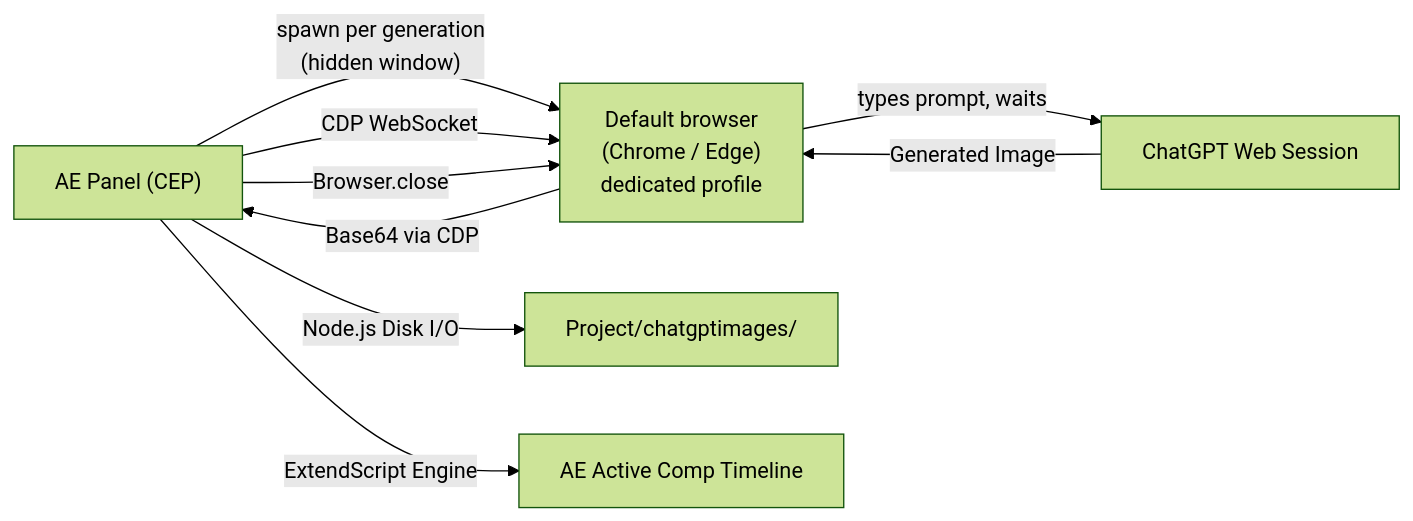
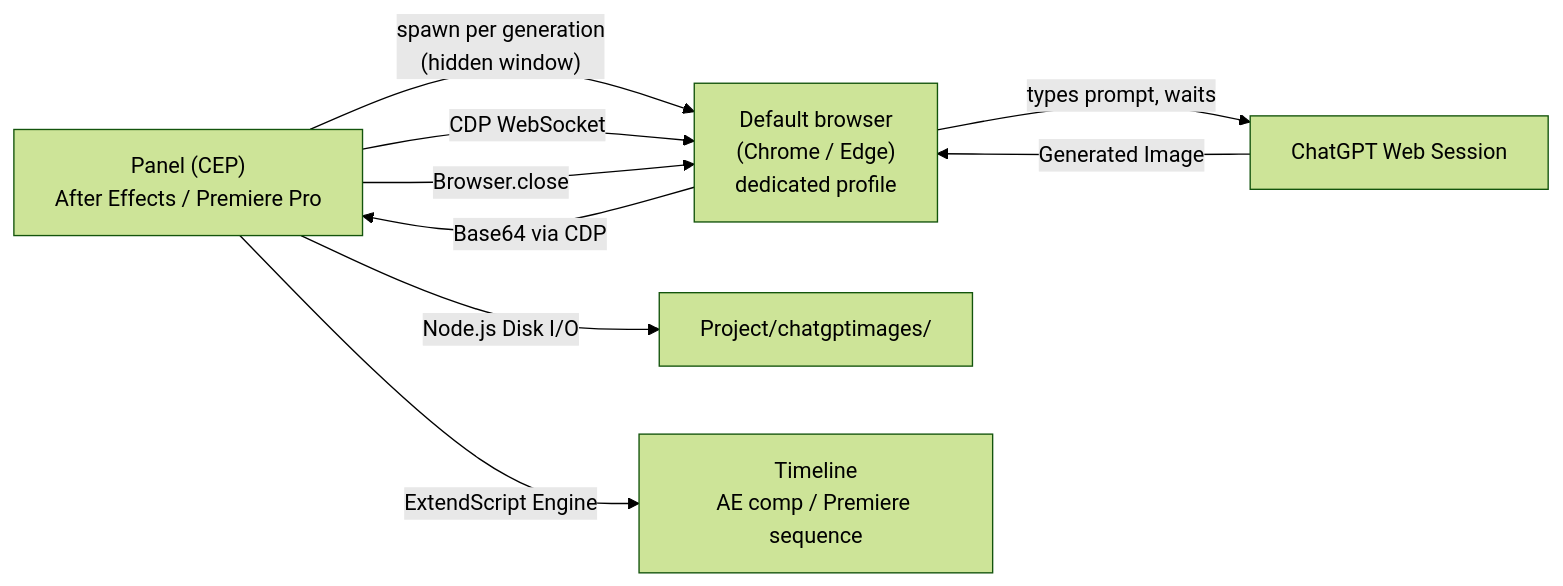
Before and after one commit to raisulsohan/LazyImageGeneration: the diagram in README.md, drawn with Mermaid (forest theme). The commit also changed other lines of this file and 5 other files, not shown here.

First line of the commit message:
Release 2.2: Premiere Pro support

````diff
--- a/README.md
+++ b/README.md
@@ -66,11 +72,11 @@
 ```mermaid
 graph LR
-    A["AE Panel (CEP)"] -- "spawn per generation<br/>(hidden window)" --> B["Default browser<br/>(Chrome / Edge)<br/>dedicated profile"]
+    A["Panel (CEP)<br/>After Effects / Premiere Pro"] -- "spawn per generation<br/>(hidden window)" --> B["Default browser<br/>(Chrome / Edge)<br/>dedicated profile"]
     A -- "CDP WebSocket" --> B
     B -- "types prompt, waits" --> C["ChatGPT Web Session"]
     C -- "Generated Image" --> B
     B -- "Base64 via CDP" --> A
     A -- "Browser.close" --> B
     A -- "Node.js Disk I/O" --> D["Project/chatgptimages/"]
-    A -- "ExtendScript Engine" --> E["AE Active Comp Timeline"]
+    A -- "ExtendScript Engine" --> E["Timeline<br/>AE comp / Premiere sequence"]
 ```
````
